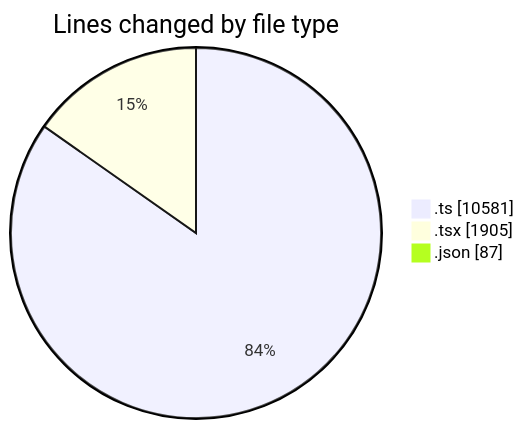
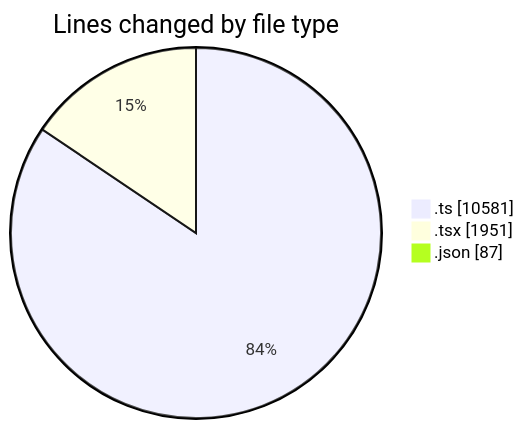
Before and after one commit to momahboobian/code-tracking: the first of 2 diagrams in 2025-07-14/cda/README.md, drawn with Mermaid. The commit also changed other lines of this file and 1 other file, not shown here.

````diff
--- a/2025-07-14/cda/README.md
+++ b/2025-07-14/cda/README.md
@@ -29,7 +29,7 @@
 ```mermaid
 pie showData
 title Lines changed by file type
 ".ts" : 10581
-".tsx" : 1905
+".tsx" : 1951
 ".json" : 87
 ```
````
